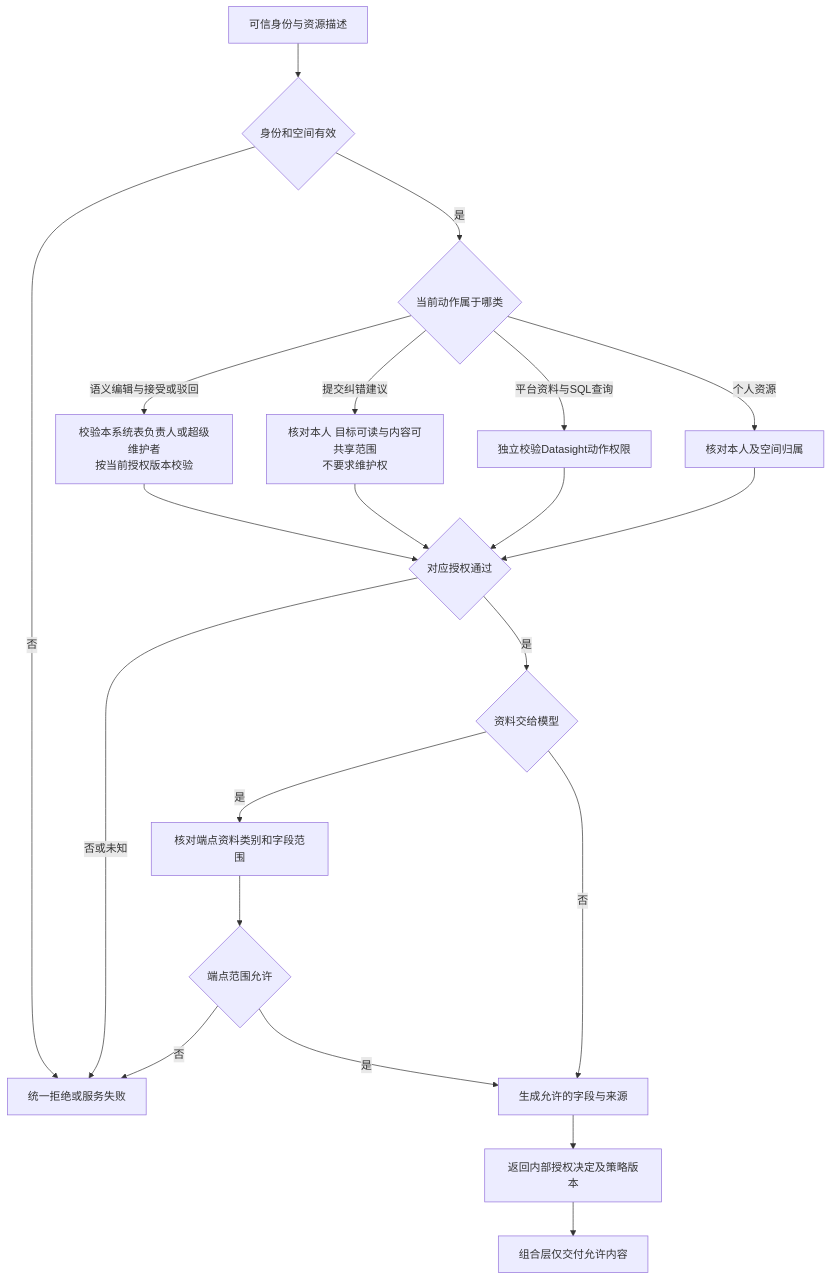
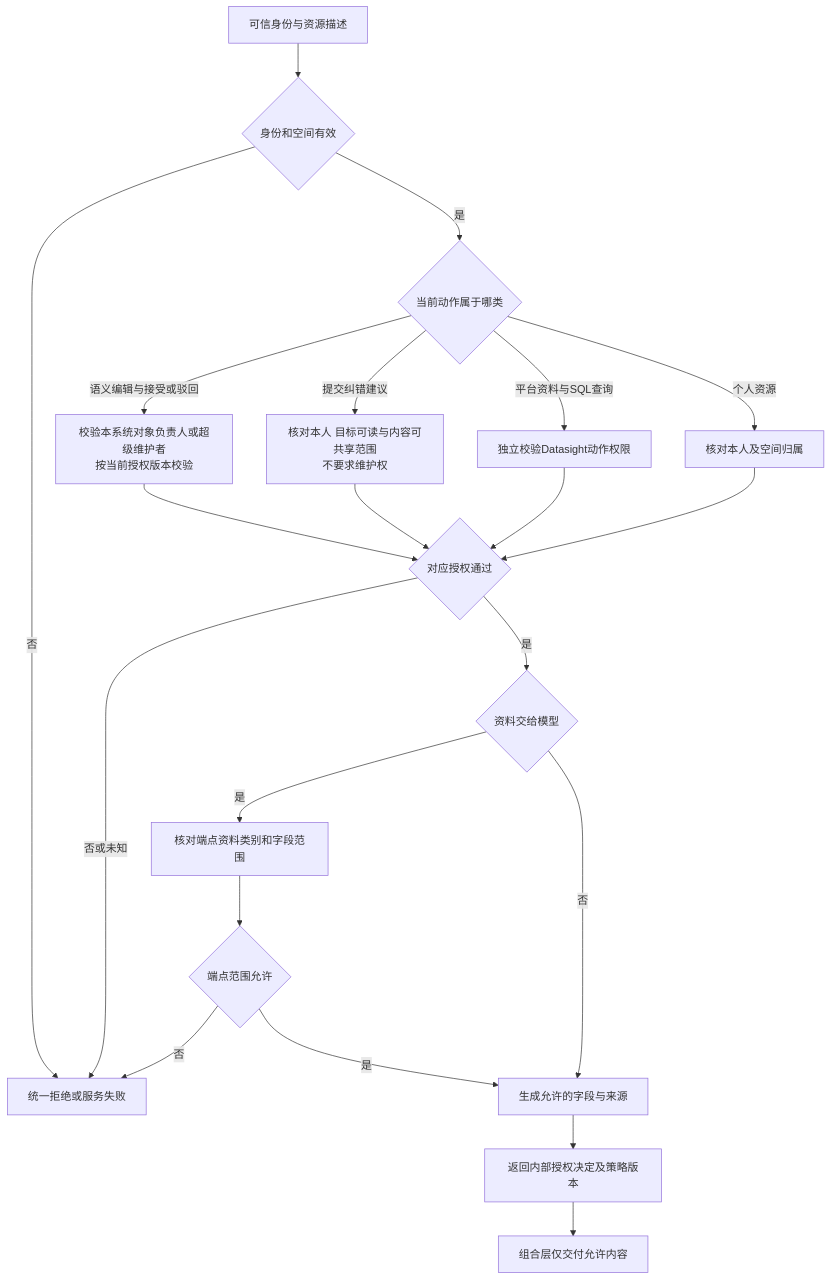
One commit to yaoziyaoguai/data_agent changed the second of 11 diagrams in docs/architecture/knowledge-modules.md. Above: the diagram before and after it, drawn with Mermaid. The commit also changed other lines of this file and 48 other files, not shown here.

````diff
--- a/docs/architecture/knowledge-modules.md
+++ b/docs/architecture/knowledge-modules.md
@@ -84,23 +84,23 @@
 ```mermaid
 flowchart TD
     A[可信身份与资源描述] --> B{身份和空间有效}
     B -->|否| X[统一拒绝或服务失败]
     B -->|是| C{当前动作属于哪类}
-    C -->|语义编辑与接受或驳回| L[校验本系统表负责人或超级维护者<br/>按当前授权版本校验]
+    C -->|语义编辑与接受或驳回| L[校验本系统对象负责人或超级维护者<br/>按当前授权版本校验]
     C -->|提交纠错建议| Proposal[核对本人 目标可读与内容可共享范围<br/>不要求维护权]
     C -->|平台资料与SQL查询| P[独立校验Datasight动作权限]
     C -->|个人资源| O[核对本人及空间归属]
     L --> V{对应授权通过}
     P --> V
     O --> V
     Proposal --> V
     V -->|否或未知| X
     V -->|是| D{资料交给模型}
     D -->|是| E[核对端点资料类别和字段范围]
     D -->|否| F[生成允许的字段与来源]
     E --> J{端点范围允许}
     J -->|否| X
     J -->|是| F
     F --> G[返回内部授权决定及策略版本]
     G --> H[组合层仅交付允许内容]
 ```
````
